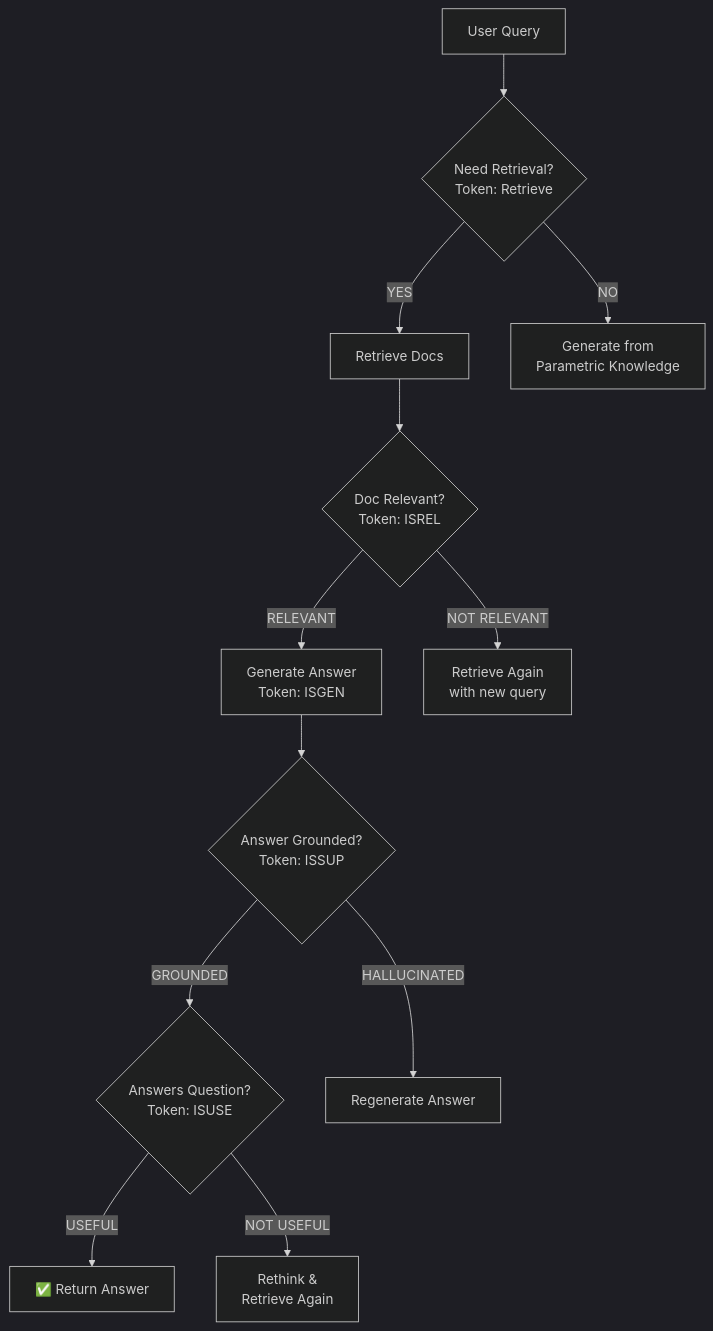
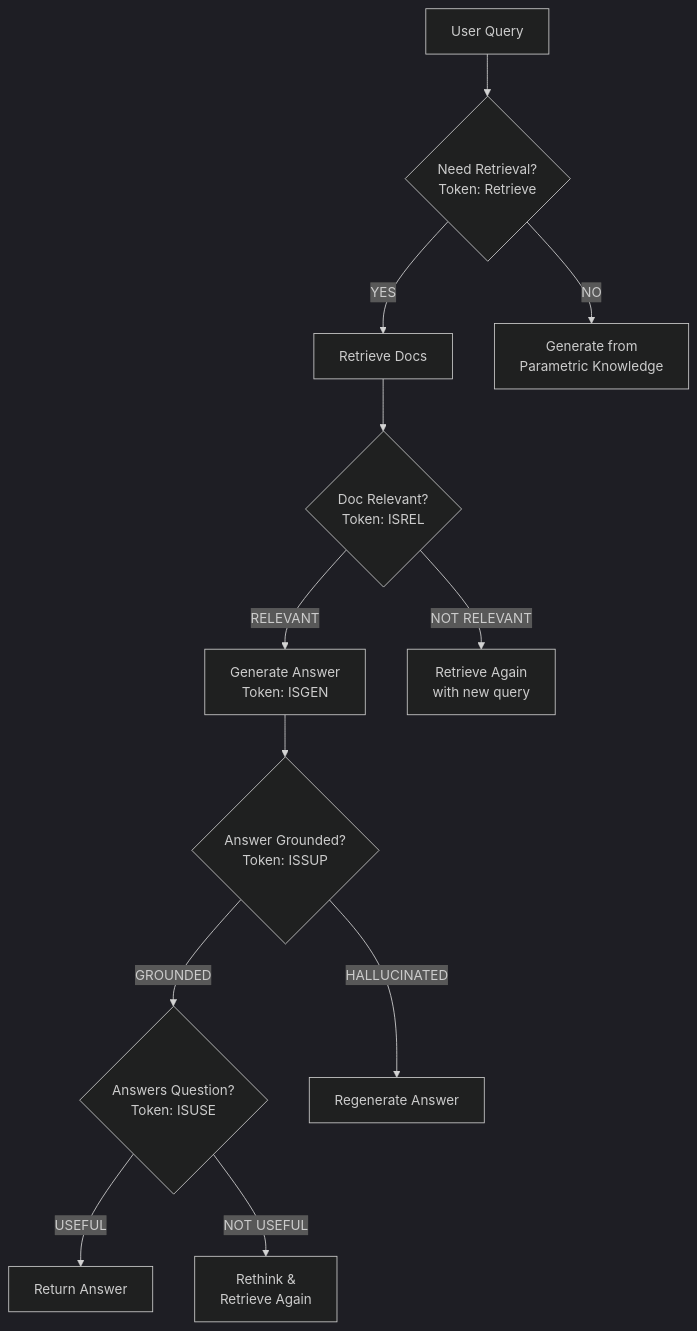
Before and after one commit to aswathh/RAG_COMPLETE_GUIDE: the fourth of 5 diagrams in README.md, drawn with Mermaid (dark theme). The commit also changed other lines of this file, not shown here.

````diff
--- a/README.md
+++ b/README.md
@@ -766,14 +766,14 @@
 ```mermaid
 flowchart TD
     A[User Query] --> B{Need Retrieval?\nToken: Retrieve}
     B -- YES --> C[Retrieve Docs]
     B -- NO --> I[Generate from\nParametric Knowledge]
     C --> D{Doc Relevant?\nToken: ISREL}
     D -- RELEVANT --> E[Generate Answer\nToken: ISGEN]
     D -- NOT RELEVANT --> C2[Retrieve Again\nwith new query]
     E --> F{Answer Grounded?\nToken: ISSUP}
     F -- GROUNDED --> G{Answers Question?\nToken: ISUSE}
     F -- HALLUCINATED --> E2[Regenerate Answer]
-    G -- USEFUL --> H[✅ Return Answer]
+    G -- USEFUL --> H[ Return Answer]
     G -- NOT USEFUL --> A2[Rethink &\nRetrieve Again]
 ```
````
